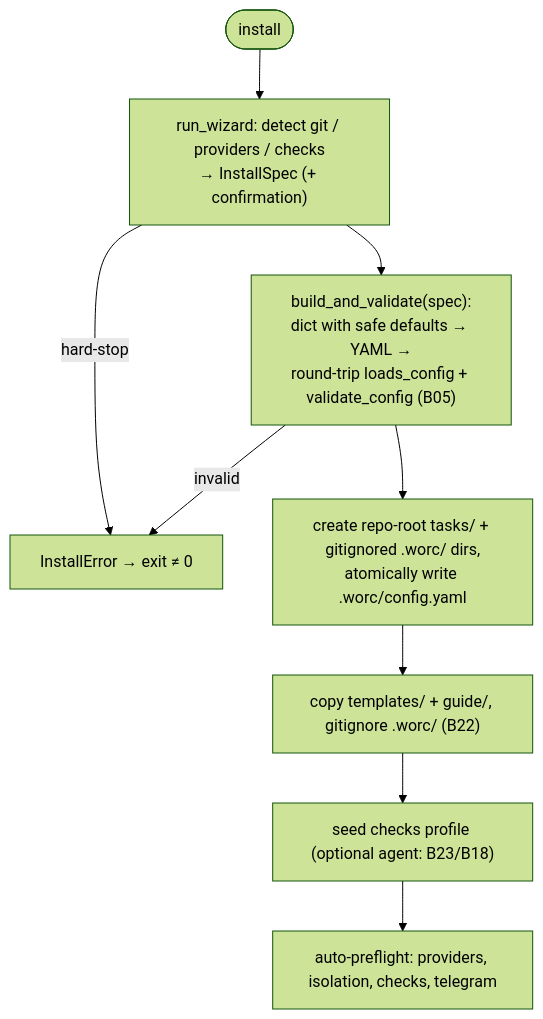
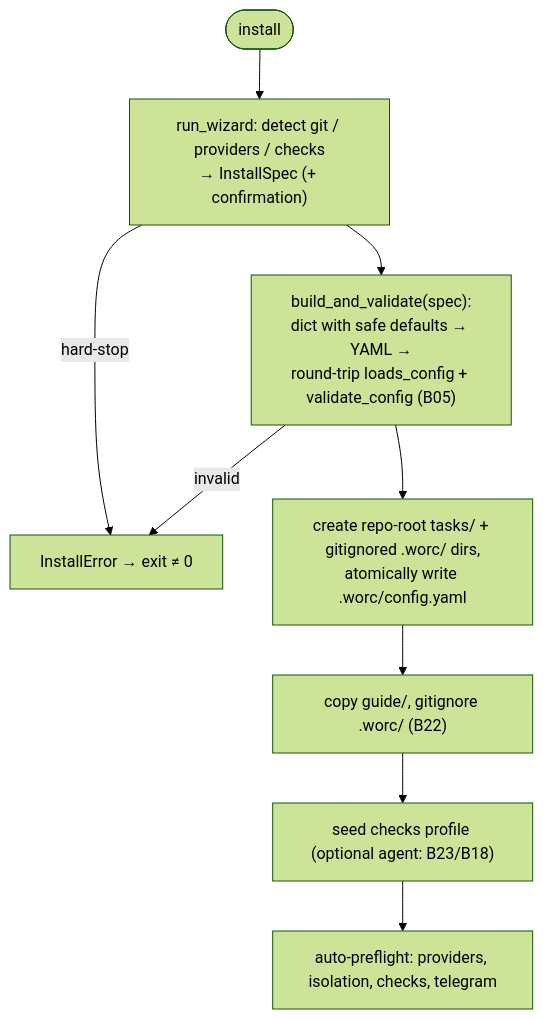
One commit to VladimirMakarevich/wastech-orchestrator changed the diagram in docs/functional/blocks/B03-installer-and-scaffolding.md. Above: the diagram before and after it, drawn with Mermaid (forest theme). The commit also changed other lines of this file and 31 other files, not shown here.

````diff
--- a/docs/functional/blocks/B03-installer-and-scaffolding.md
+++ b/docs/functional/blocks/B03-installer-and-scaffolding.md
@@ -48,11 +48,11 @@
 ```mermaid
 flowchart TB
     start(["install"]) --> wiz["run_wizard: detect git / providers / checks<br/>→ InstallSpec (+ confirmation)"]
     wiz -->|hard-stop| err["InstallError → exit ≠ 0"]
     wiz --> gen["build_and_validate(spec):<br/>dict with safe defaults → YAML →<br/>round-trip loads_config + validate_config (B05)"]
     gen -->|invalid| err
     gen --> dirs["create repo-root tasks/ + gitignored .worc/ dirs,<br/>atomically write .worc/config.yaml"]
-    dirs --> docs["copy templates/ + guide/, gitignore .worc/ (B22)"]
+    dirs --> docs["copy guide/, gitignore .worc/ (B22)"]
     docs --> seed["seed checks profile (optional agent: B23/B18)"]
     seed --> pre["auto-preflight: providers, isolation, checks, telegram"]
 ```
````
